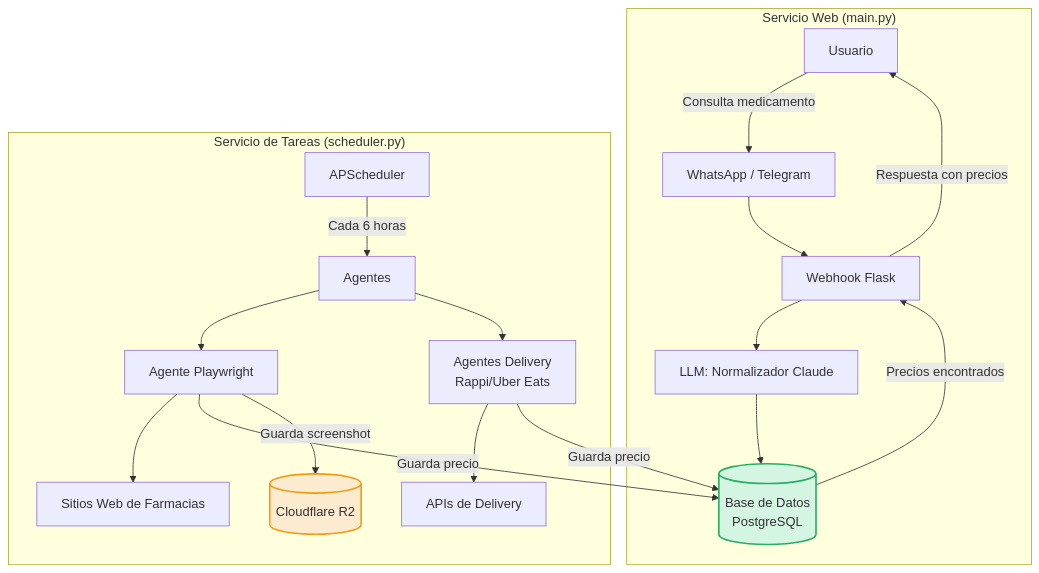
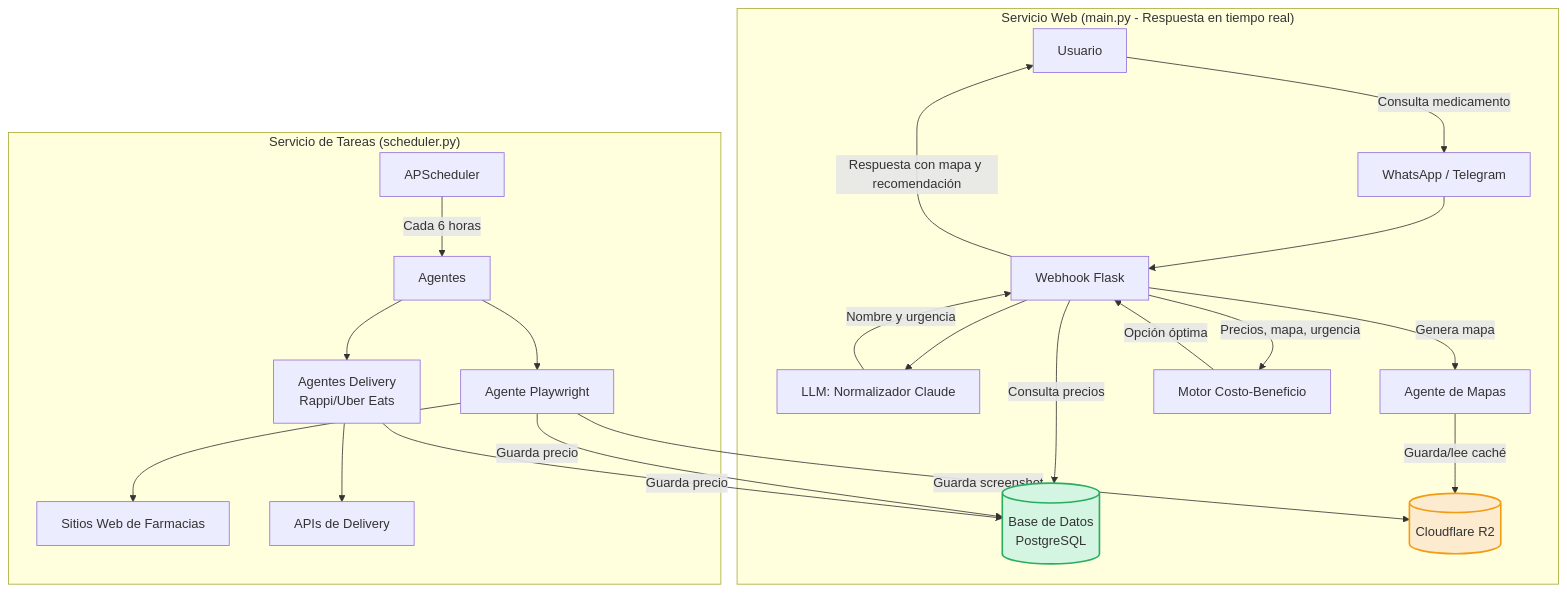
The diagram in README.md (annetjmtze/Dr_Ahorro), drawn with Mermaid before and after one commit. The commit also changed other lines of this file, not shown here.

Commit message:
actualización del read me

````diff
--- a/README.md
+++ b/README.md
@@ -77,25 +81,29 @@
 ```mermaid
 graph TD
-    subgraph "Servicio Web (main.py)"
+    subgraph "Servicio Web (main.py - Respuesta en tiempo real)"
         Usuario -- "Consulta medicamento" --> Canales[WhatsApp / Telegram]
         Canales --> Webhook[Webhook Flask]
         Webhook --> LLM[LLM: Normalizador Claude]
-        LLM --> DB[(Base de Datos<br>PostgreSQL)]
-        DB -- "Precios encontrados" --> Webhook
-        Webhook -- "Respuesta con precios" --> Usuario
+        LLM -- "Nombre y urgencia" --> Webhook
+        Webhook -- "Consulta precios" --> DB[(Base de Datos<br>PostgreSQL)]
+        Webhook -- "Genera mapa" --> MapsAgent[Agente de Mapas]
+        MapsAgent -- "Guarda/lee caché" --> R2[(Cloudflare R2)]
+        Webhook -- "Precios, mapa, urgencia" --> Recomendador[Motor Costo-Beneficio]
+        Recomendador -- "Opción óptima" --> Webhook
+        Webhook -- "Respuesta con mapa y recomendación" --> Usuario
     end
 
     subgraph "Servicio de Tareas (scheduler.py)"
         Scheduler[APScheduler] -- "Cada 6 horas" --> Agentes
         Agentes --> Playwright[Agente Playwright]
         Agentes --> Delivery[Agentes Delivery<br>Rappi/Uber Eats]
         Playwright --> FarmaciasWeb[Sitios Web de Farmacias]
         Delivery --> APIsDelivery[APIs de Delivery]
         Playwright -- "Guarda precio" --> DB
         Delivery -- "Guarda precio" --> DB
         Playwright -- "Guarda screenshot" --> R2[(Cloudflare R2)]
     end
 
     style DB fill:#d5f5e3,stroke:#27ae60,stroke-width:2px
     style R2 fill:#fdebd0,stroke:#f39c12,stroke-width:2px
 ```
````
